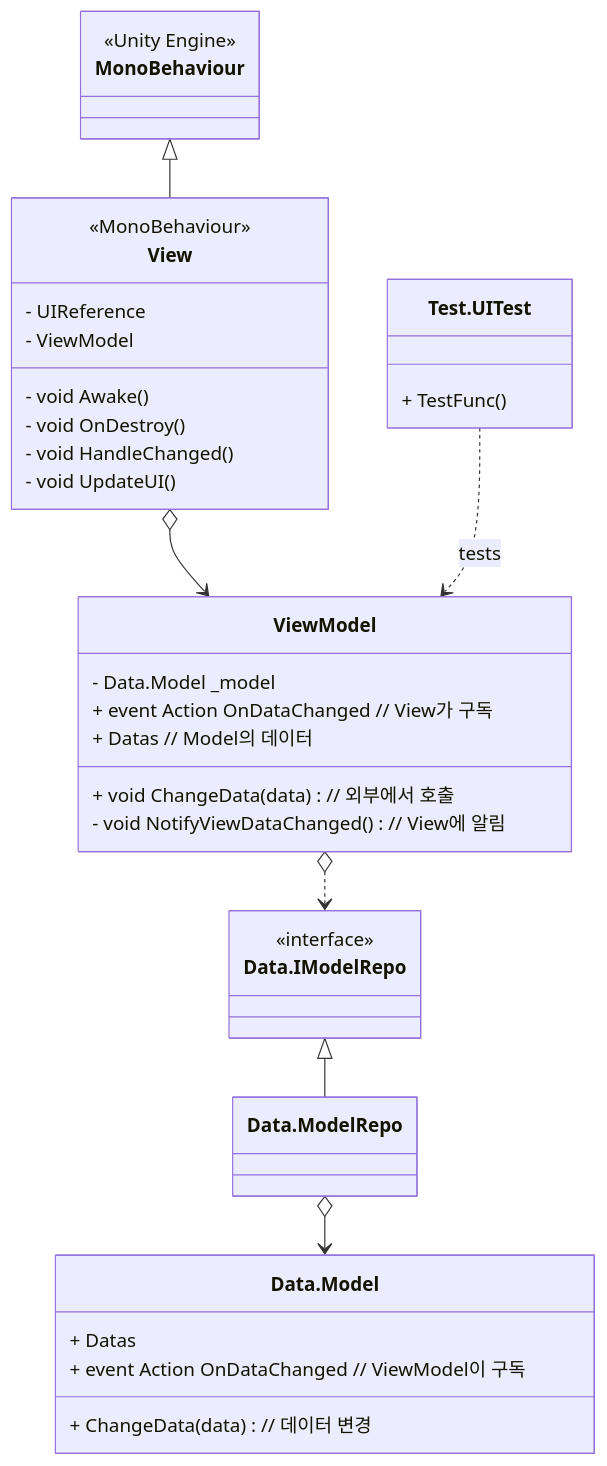
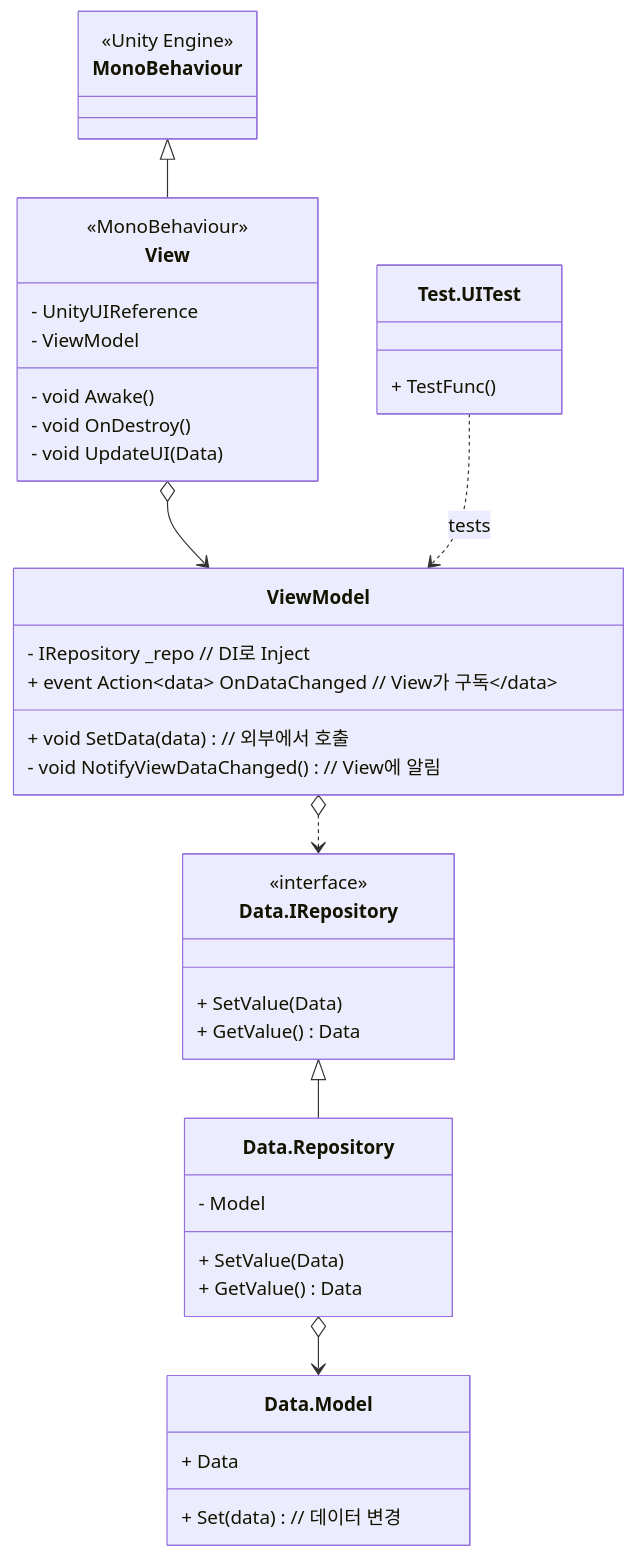
Before and after one commit to HyunWoo-Jo/ProjectHS: the second of 2 diagrams in _Doc/System.md, drawn with Mermaid. The commit also changed other lines of this file, not shown here.

````diff
--- a/_Doc/System.md
+++ b/_Doc/System.md
@@ -65,59 +67,59 @@
 ```mermaid
 classDiagram
     class View {
         <<MonoBehaviour>>
-        - UIReference
+        - UnityUIReference
         - ViewModel
 
         - void Awake()
         - void OnDestroy()
-        - void HandleChanged()
-        - void UpdateUI()
+        - void UpdateUI(Data )
     }
 
     class ViewModel {
-        - Data.Model _model
-        + event Action<int> OnDataChanged // View가 구독
-        + Datas // Model의 데이터
+        - IRepository _repo // DI로 Inject
+        + event Action<Data> OnDataChanged // View가 구독
 
-        + void ChangeData(data)  // 외부에서 호출
+        + void SetData(data)  // 외부에서 호출
         - void NotifyViewDataChanged() // View에 알림
     }
 
     class Data.Model {
-        + Datas
-        + event Action OnDataChanged // ViewModel이 구독
-
-        + ChangeData(data) // 데이터 변경
+        + Data
+        + Set(data) // 데이터 변경
     }
 
     class MonoBehaviour {
         <<Unity Engine>>
     }
     
     class Test.UITest {
         + TestFunc()
     }
-    class Data.IModelRepo {
+    class Data.IRepository {
         <<interface>>
+        + SetValue(Data)
+        + GetValue() Data
     }
-    class Data.ModelRepo {
-        
+    class Data.Repository {
+        - Model
+        + SetValue(Data)
+        + GetValue() Data
     }
 
 
     MonoBehaviour <|-- View 
     View o--> ViewModel
 
-    ViewModel o..> Data.IModelRepo
-    Data.IModelRepo <|-- Data.ModelRepo
-    Data.ModelRepo o--> Data.Model
+    ViewModel o..> Data.IRepository
+    Data.IRepository <|-- Data.Repository
+    Data.Repository o--> Data.Model
     
     Test.UITest ..> ViewModel : tests
     
 
     %% Notes:
     %% o-- : Composition/Aggregation 
     %% --|> : Inheritance 상속
     %% ..> : Dependency / Interaction 
 ```
````
